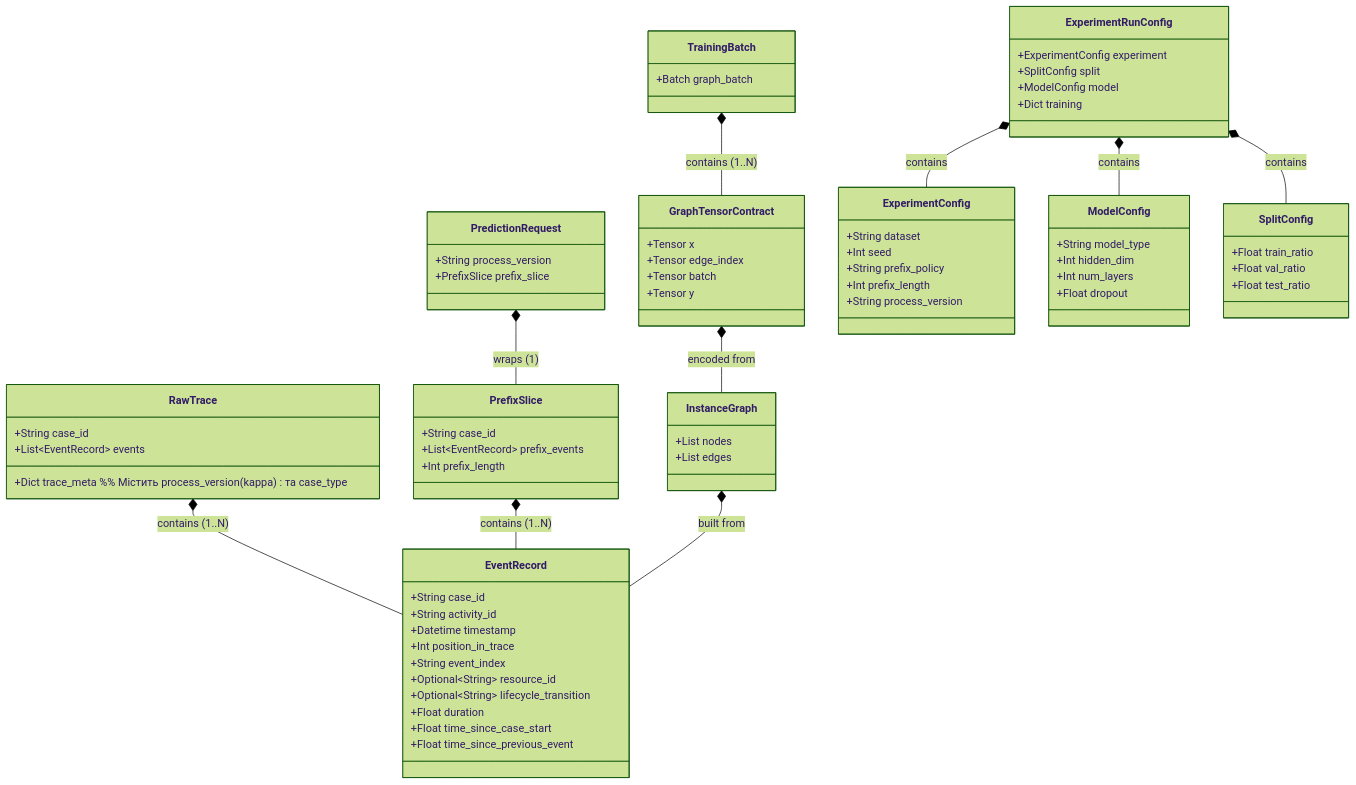
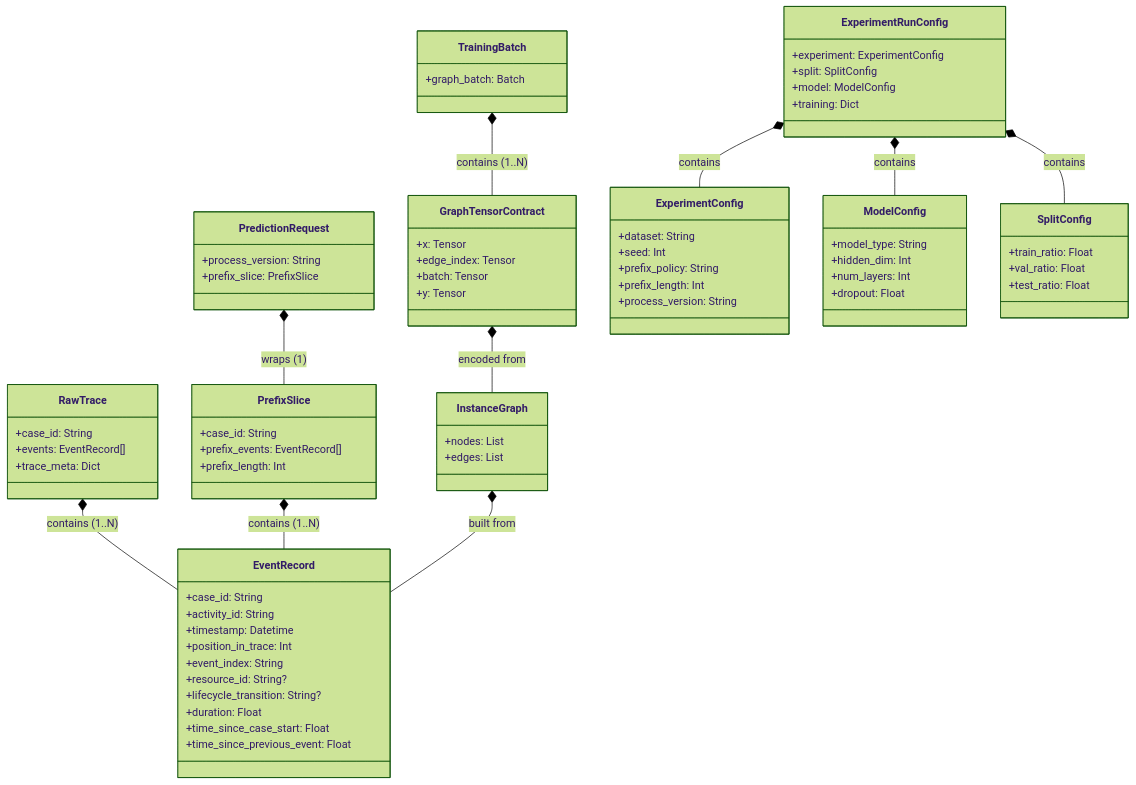
Before and after one commit to ghsrg/bpm_prediction: the first of 3 diagrams in DATA_MODEL_MVP1.MD, drawn with Mermaid (forest theme).

Commit message:
Updated Data model

````diff
--- a/DATA_MODEL_MVP1.MD
+++ b/DATA_MODEL_MVP1.MD
@@ -219,79 +219,79 @@
 ```mermaid
 classDiagram
     class EventRecord {
-        %% --- Mandatory ---
-        +String case_id
-        +String activity_id
-        +Datetime timestamp
-        +Int position_in_trace
-        +String event_index
-        %% --- Optional / Calculated (Base & Research) ---
-        +Optional~String~ resource_id
-        +Optional~String~ lifecycle_transition
-        +Float duration
-        +Float time_since_case_start
-        +Float time_since_previous_event
+        %% --- Fundamental (Mandatory) ---
+        +case_id: String
+        +activity_id: String
+        +timestamp: Datetime
+        +position_in_trace: Int
+        +event_index: String
+        %% --- Base & Research (Optional / Calculated) ---
+        +resource_id: String?
+        +lifecycle_transition: String?
+        +duration: Float
+        +time_since_case_start: Float
+        +time_since_previous_event: Float
     }
     
     class RawTrace {
-        +String case_id
-        +List~EventRecord~ events
-        +Dict trace_meta  %% Містить process_version (kappa) та case_type
+        +case_id: String
+        +events: EventRecord[]
+        +trace_meta: Dict
     }
     
     class PrefixSlice {
-        +String case_id
-        +List~EventRecord~ prefix_events
-        +Int prefix_length
+        +case_id: String
+        +prefix_events: EventRecord[]
+        +prefix_length: Int
     }
     
     class PredictionRequest {
-        +String process_version
-        +PrefixSlice prefix_slice
+        +process_version: String
+        +prefix_slice: PrefixSlice
     }
     
     class InstanceGraph {
-        +List nodes
-        +List edges
+        +nodes: List
+        +edges: List
     }
     
     class GraphTensorContract {
-        +Tensor x
-        +Tensor edge_index
-        +Tensor batch
-        +Tensor y
+        +x: Tensor
+        +edge_index: Tensor
+        +batch: Tensor
+        +y: Tensor
     }
     
     class TrainingBatch {
-        +Batch graph_batch
+        +graph_batch: Batch
     }
 
     class ExperimentRunConfig {
-        +ExperimentConfig experiment
-        +SplitConfig split
-        +ModelConfig model
-        +Dict training
+        +experiment: ExperimentConfig
+        +split: SplitConfig
+        +model: ModelConfig
+        +training: Dict
     }
 
     class ExperimentConfig {
-        +String dataset
-        +Int seed
-        +String prefix_policy
-        +Int prefix_length
-        +String process_version
+        +dataset: String
+        +seed: Int
+        +prefix_policy: String
+        +prefix_length: Int
+        +process_version: String
     }
 
     class ModelConfig {
-        +String model_type
-        +Int hidden_dim
-        +Int num_layers
-        +Float dropout
+        +model_type: String
+        +hidden_dim: Int
+        +num_layers: Int
+        +dropout: Float
     }
 
     class SplitConfig {
-        +Float train_ratio
-        +Float val_ratio
-        +Float test_ratio
+        +train_ratio: Float
+        +val_ratio: Float
+        +test_ratio: Float
     }
 
     %% Adapters & DTOs
````
